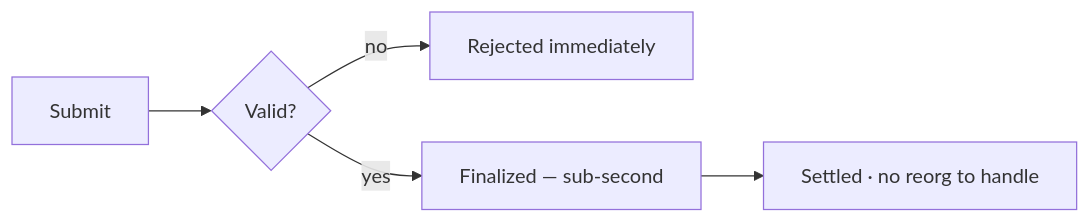
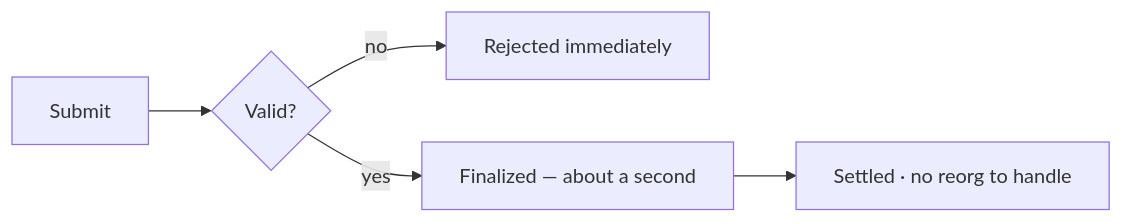
The diagram in docs/guide/finality.md (paulgnz/pulsevm-docs), drawn with Mermaid before and after one commit. The commit also changed other lines of this file and 53 other files, not shown here.

````diff
--- a/docs/guide/finality.md
+++ b/docs/guide/finality.md
@@ -17,7 +21,7 @@
 ```mermaid
 flowchart LR
   s["Submit"] --> v{"Valid?"}
   v -- no --> r["Rejected immediately"]
-  v -- yes --> f["Finalized — sub-second"]
+  v -- yes --> f["Finalized — about a second"]
   f --> d["Settled · no reorg to handle"]
 ```
````
